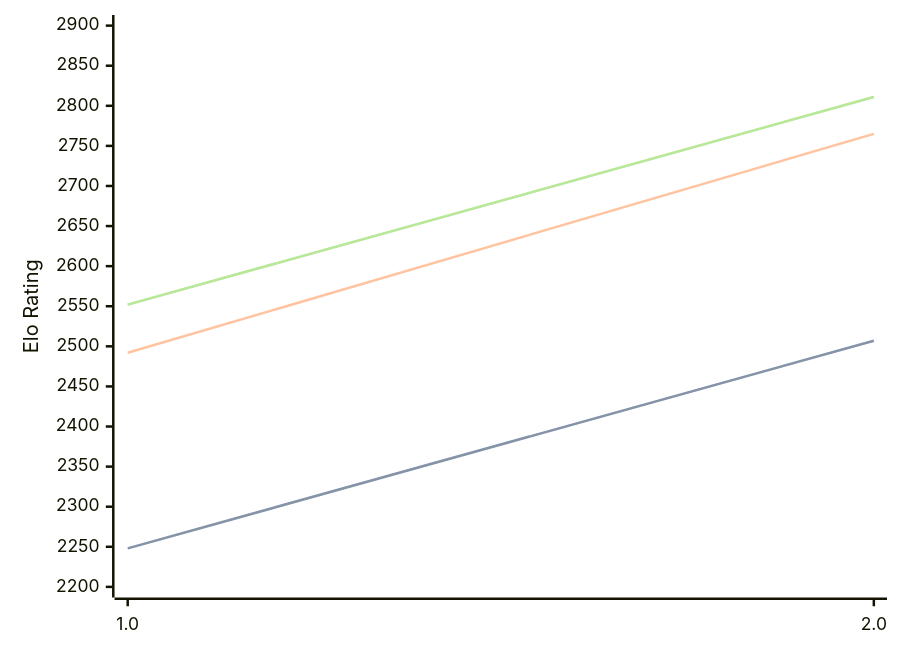
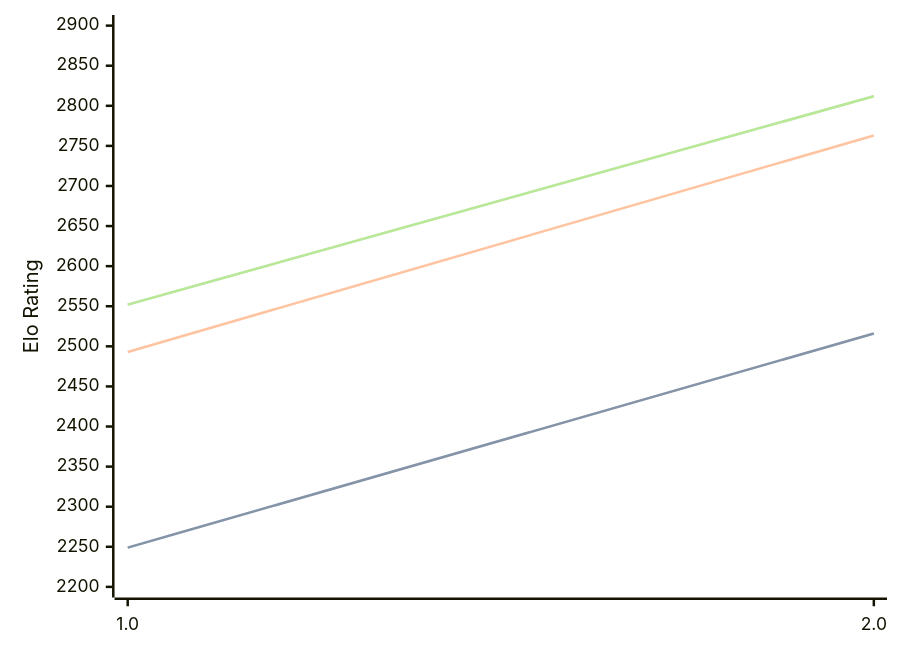
One commit to computer-chess-index/cci changed the first of 3 diagrams in engines/Revolver.md. Above: the diagram before and after it, drawn with Mermaid. The commit also changed other lines of this file, not shown here.

Commit message:
Update CCI Ratings (ELO VLTC) - 2026-06-20

````diff
--- a/engines/Revolver.md
+++ b/engines/Revolver.md
@@ -32,11 +32,11 @@
 ```mermaid
 %%{init: {"theme":"base","themeVariables":{"seriesColors:['#a3a3a3','#222221','#faa371']}}}%%
 xychart-beta
   x-axis ["1.0", "2.0"]
   y-axis "Elo Rating" 2200 --> 2900
-  line "STC (8.0+0.08s)" [2248, 2507]
-  line "STC (8.0+0.08s)" [2248, 2507]
-  line "LTC (60.0+0.60s)" [2492, 2765]
-  line "VLTC (2m24s+1.12s)" [2552, 2811]
-  line "VLTC (2m24s+1.12s)" [2552, 2811]
+  line "STC (8.0+0.08s)" [2249, 2516]
+  line "STC (8.0+0.08s)" [2249, 2516]
+  line "LTC (60.0+0.60s)" [2493, 2763]
+  line "VLTC (2m24s+1.12s)" [2552, 2812]
+  line "VLTC (2m24s+1.12s)" [2552, 2812]
 ```
````
